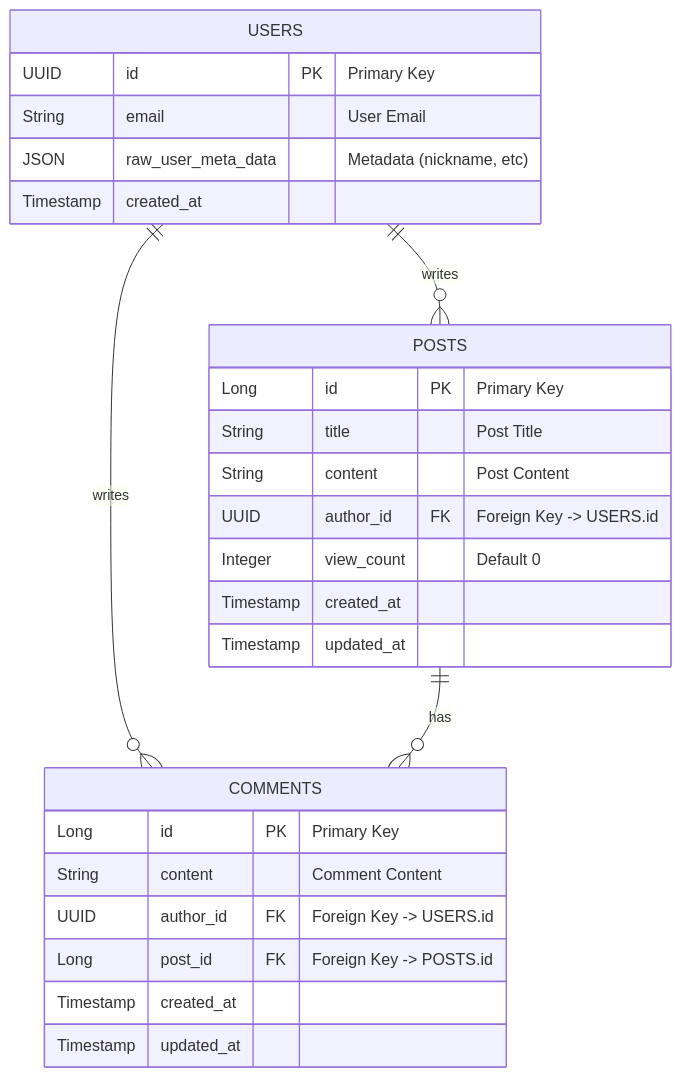
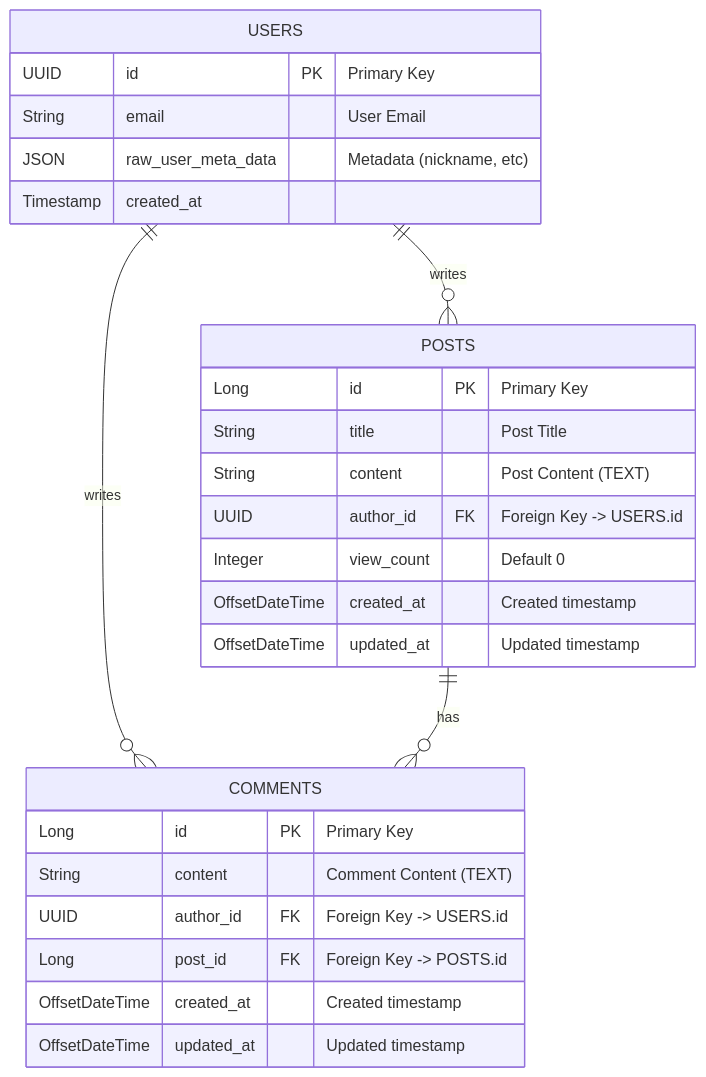
The diagram in docs/er_diagram.md (taejinchoi-cbnu/CBNU-25-2-OpenSource-Dev-Project), drawn with Mermaid before and after one commit. The commit also changed other lines of this file and 3 other files, not shown here.

````diff
--- a/docs/er_diagram.md
+++ b/docs/er_diagram.md
@@ -5,35 +5,35 @@
 ```mermaid
 erDiagram
     %% Auth Schema (Supabase Managed)
     USERS {
         UUID id PK "Primary Key"
         String email "User Email"
         JSON raw_user_meta_data "Metadata (nickname, etc)"
         Timestamp created_at
     }
 
     %% Public Schema
     POSTS {
         Long id PK "Primary Key"
         String title "Post Title"
-        String content "Post Content"
+        String content "Post Content (TEXT)"
         UUID author_id FK "Foreign Key -> USERS.id"
         Integer view_count "Default 0"
-        Timestamp created_at
-        Timestamp updated_at
+        OffsetDateTime created_at "Created timestamp"
+        OffsetDateTime updated_at "Updated timestamp"
     }
 
     COMMENTS {
         Long id PK "Primary Key"
-        String content "Comment Content"
+        String content "Comment Content (TEXT)"
         UUID author_id FK "Foreign Key -> USERS.id"
         Long post_id FK "Foreign Key -> POSTS.id"
-        Timestamp created_at
-        Timestamp updated_at
+        OffsetDateTime created_at "Created timestamp"
+        OffsetDateTime updated_at "Updated timestamp"
     }
 
     %% Relationships
     USERS ||--o{ POSTS : "writes"
     USERS ||--o{ COMMENTS : "writes"
     POSTS ||--o{ COMMENTS : "has"
 ```
````
